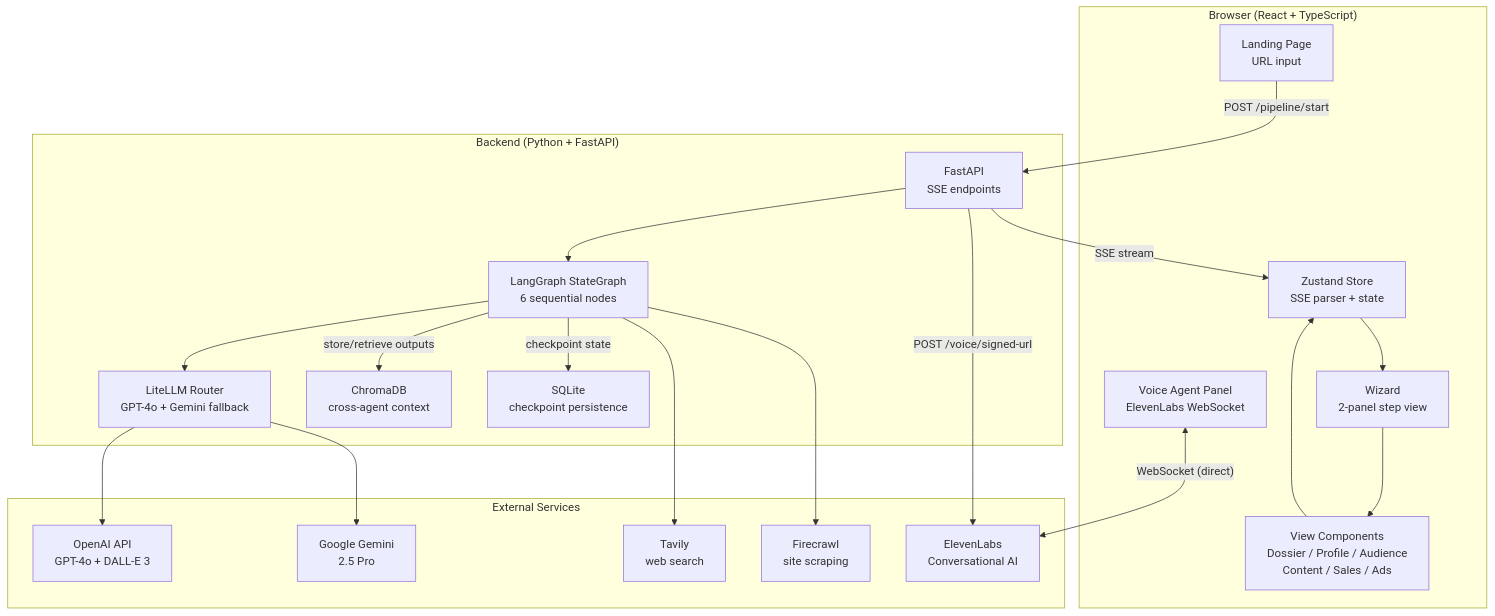
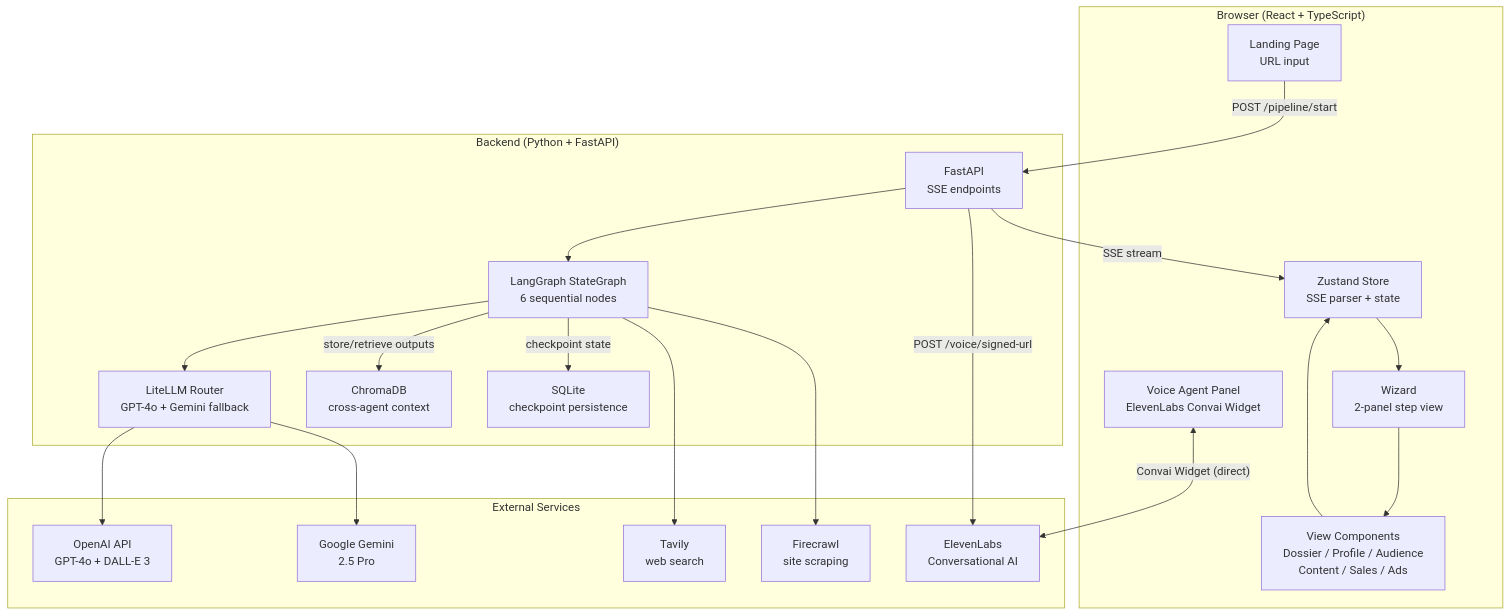
One commit to prathyusha1231/blitz changed the first of 3 diagrams in README.md. Above: the diagram before and after it, drawn with Mermaid. The commit also changed other lines of this file and 13 other files, not shown here.

First line of the commit message:
feat: ElevenLabs convai widget, site-content competitor analysis

````diff
--- a/README.md
+++ b/README.md
@@ -32,43 +32,43 @@
 ```mermaid
 flowchart TB
     subgraph Browser["Browser (React + TypeScript)"]
         Landing["Landing Page<br/>URL input"]
         Wizard["Wizard<br/>2-panel step view"]
         Store["Zustand Store<br/>SSE parser + state"]
         Views["View Components<br/>Dossier / Profile / Audience<br/>Content / Sales / Ads"]
-        Voice["Voice Agent Panel<br/>ElevenLabs WebSocket"]
+        Voice["Voice Agent Panel<br/>ElevenLabs Convai Widget"]
     end
 
     subgraph Server["Backend (Python + FastAPI)"]
         API["FastAPI<br/>SSE endpoints"]
         Graph["LangGraph StateGraph<br/>6 sequential nodes"]
         LLM["LiteLLM Router<br/>GPT-4o + Gemini fallback"]
         DB["ChromaDB<br/>cross-agent context"]
         SQLite["SQLite<br/>checkpoint persistence"]
     end
 
     subgraph External["External Services"]
         OpenAI["OpenAI API<br/>GPT-4o + DALL-E 3"]
         Gemini["Google Gemini<br/>2.5 Pro"]
         Tavily["Tavily<br/>web search"]
         Firecrawl["Firecrawl<br/>site scraping"]
         ElevenLabs["ElevenLabs<br/>Conversational AI"]
     end
 
     Landing -->|"POST /pipeline/start"| API
     API -->|"SSE stream"| Store
     Store --> Wizard
     Wizard --> Views
     Views --> Store
-    Voice <-->|"WebSocket (direct)"| ElevenLabs
+    Voice <-->|"Convai Widget (direct)"| ElevenLabs
 
     API --> Graph
     Graph --> LLM
     Graph -->|"store/retrieve outputs"| DB
     Graph -->|"checkpoint state"| SQLite
     LLM --> OpenAI
     LLM --> Gemini
     Graph --> Tavily
     Graph --> Firecrawl
     API -->|"POST /voice/signed-url"| ElevenLabs
 ```
````
